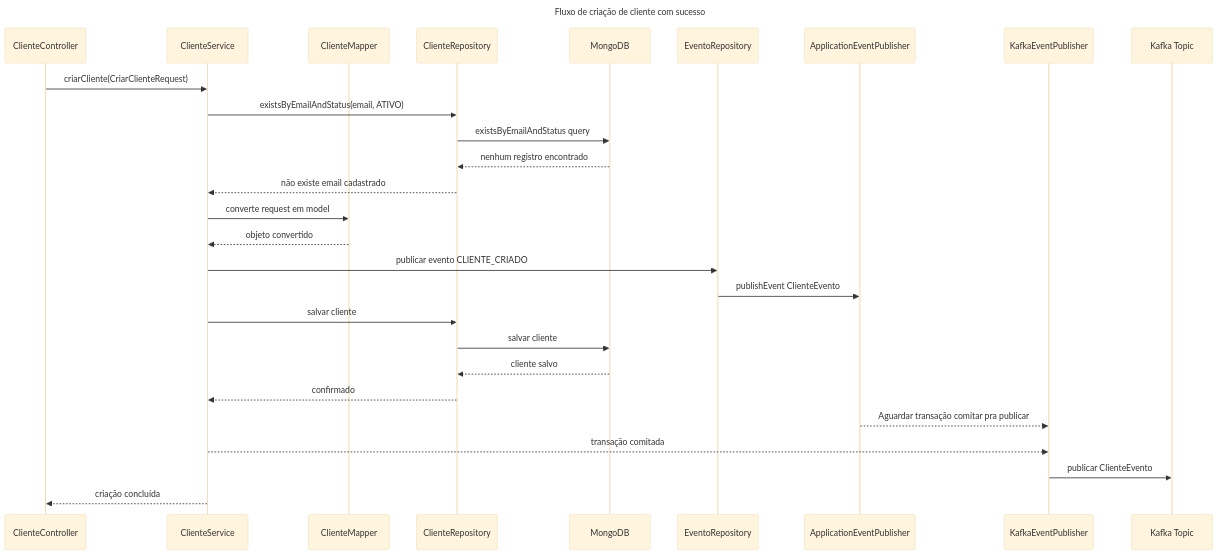
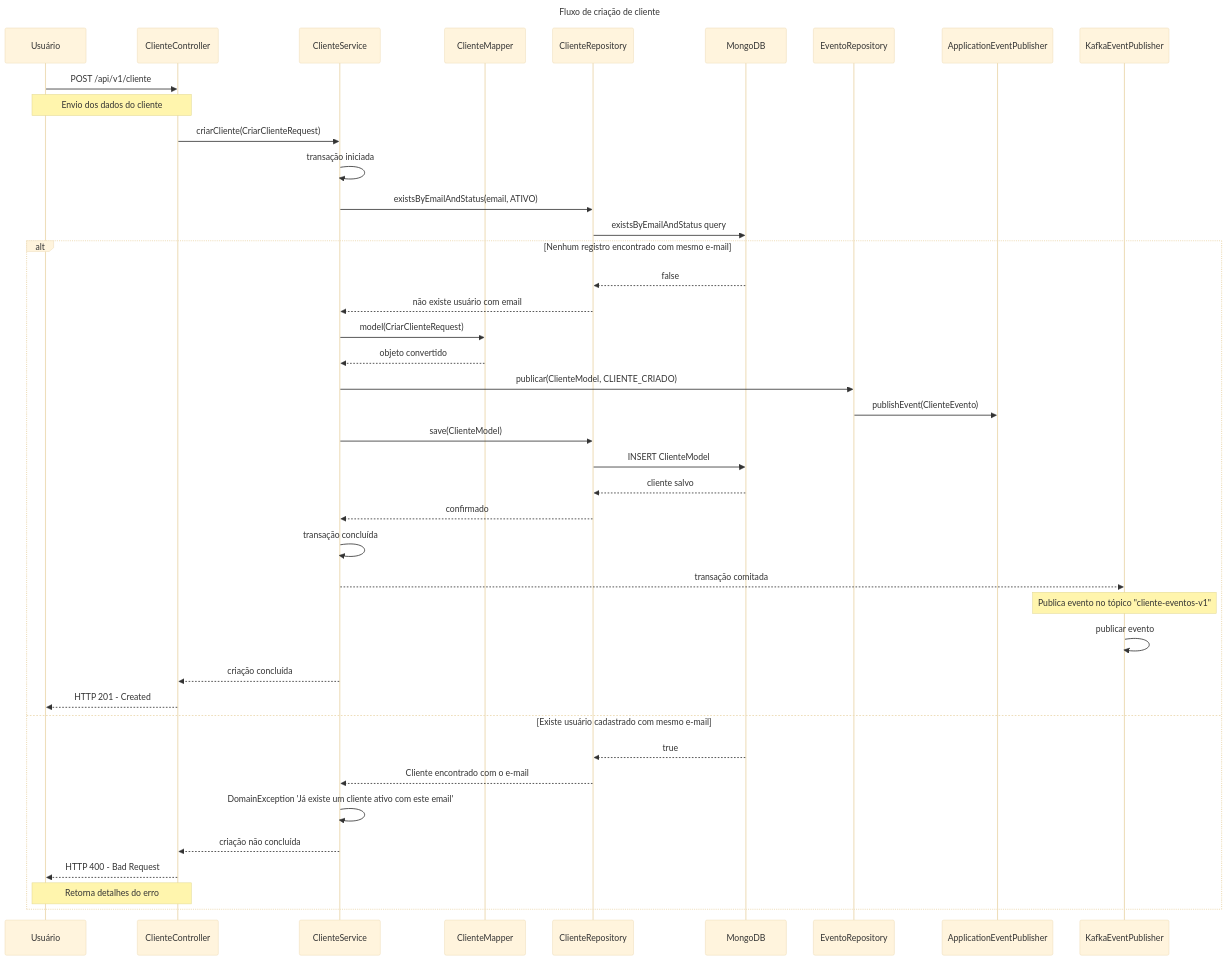
The diagram in .doc/c4/nivel-4/CriacaoCliente.md (thiagosv/ms-cliente-mvc), drawn with Mermaid (base theme) before and after one commit. The commit also changed other lines of this file and 6 other files, not shown here.

Commit message:
C4: Ajustes nos diagramas de sequencia

````diff
--- a/.doc/c4/nivel-4/CriacaoCliente.md
+++ b/.doc/c4/nivel-4/CriacaoCliente.md
@@ -1,33 +1,48 @@
 ```mermaid
 ---
-title: Fluxo de criação de cliente com sucesso
+title: Fluxo de criação de cliente
 ---
 sequenceDiagram
+participant U as Usuário
 participant CC as ClienteController
 participant CS as ClienteService
 participant CM as ClienteMapper
 participant CR as ClienteRepository
 participant M as MongoDB
 participant ER as EventoRepository
 participant AEP as ApplicationEventPublisher
 participant K as KafkaEventPublisher
-participant T as Kafka Topic
 
+    U->>CC: POST /api/v1/cliente
+    Note over U,CC: Envio dos dados do cliente
+    
     CC->>CS: criarCliente(CriarClienteRequest)
+    CS->>CS: transação iniciada
     CS->>CR: existsByEmailAndStatus(email, ATIVO)
     CR->>M: existsByEmailAndStatus query
-    M-->>CR: nenhum registro encontrado
-    CR-->>CS: não existe email cadastrado
-    CS->>CM: converte request em model
-    CM-->>CS: objeto convertido
-    CS->>ER: publicar evento CLIENTE_CRIADO
-    ER->>AEP: publishEvent ClienteEvento
-    CS->>CR: salvar cliente
-    CR->>M: salvar cliente
-    M-->>CR: cliente salvo
-    CR-->>CS: confirmado
-    AEP-->>K: Aguardar transação comitar pra publicar
-    CS-->>K: transação comitada
-    K->>T: publicar ClienteEvento
-    CS-->>CC: criação concluída
+    alt Nenhum registro encontrado com mesmo e-mail
+        M-->>CR: false
+        CR-->>CS: não existe usuário com email
+        CS->>CM: model(CriarClienteRequest)
+        CM-->>CS: objeto convertido
+        CS->>ER: publicar(ClienteModel, CLIENTE_CRIADO)
+        ER->>AEP: publishEvent(ClienteEvento)
+        CS->>CR: save(ClienteModel)
+        CR->>M: INSERT ClienteModel
+        M-->>CR: cliente salvo
+        CR-->>CS: confirmado
+        CS->>CS: transação concluída
+        CS-->>K: transação comitada
+        Note over K: Publica evento no tópico "cliente-eventos-v1"
+        K->>K: publicar evento
+        CS-->>CC: criação concluída
+        CC-->>U: HTTP 201 - Created
+    else Existe usuário cadastrado com mesmo e-mail
+        M-->>CR: true
+        CR-->>CS: Cliente encontrado com o e-mail
+        CS->>CS: DomainException 'Já existe um cliente ativo com este email'
+        CS-->>CC: criação não concluída
+        CC-->>U: HTTP 400 - Bad Request
+        Note over CC,U: Retorna detalhes do erro
+    end
 ```
````
